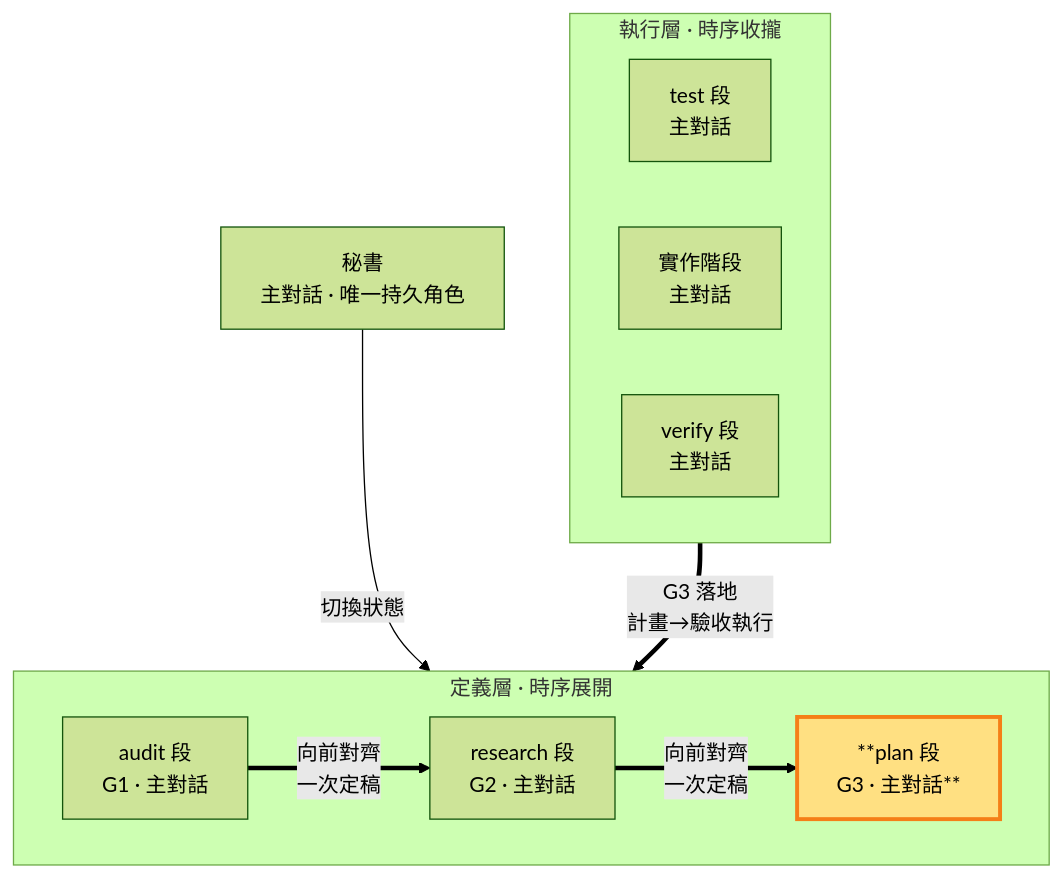
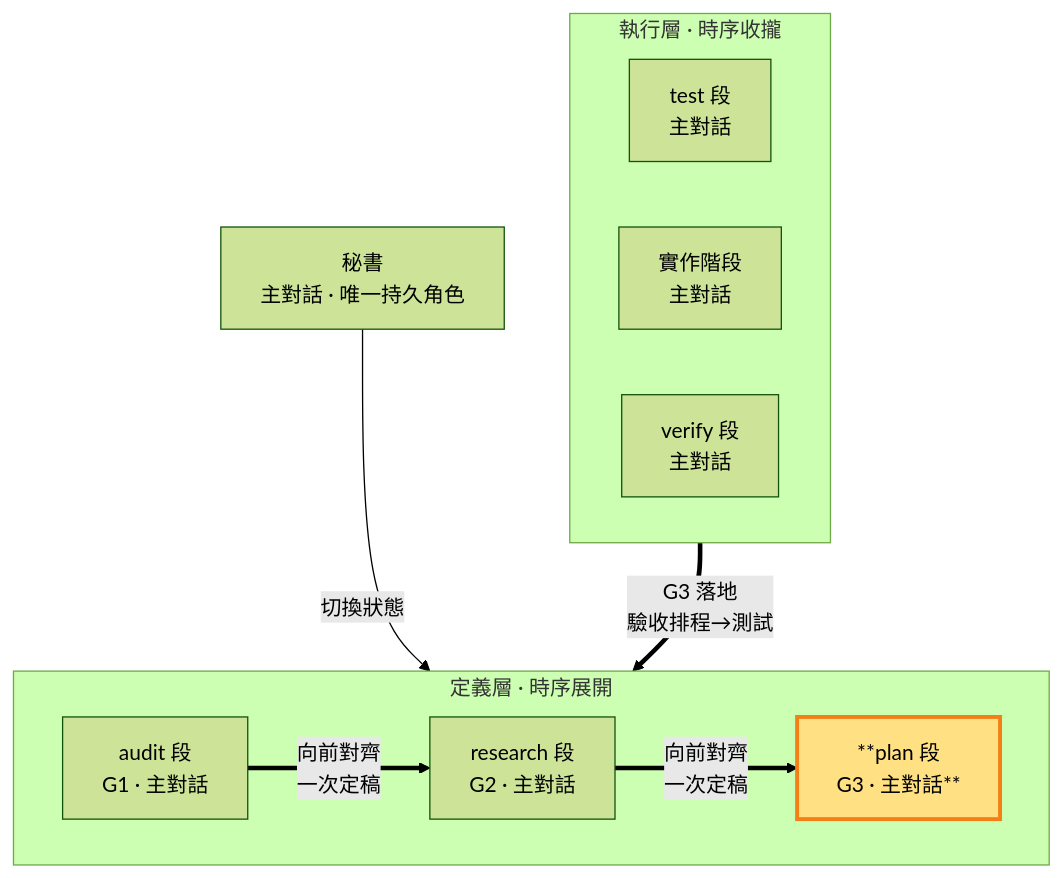
One commit to teps3105/shiftblame changed the diagram in skills/shiftblame/references/PLAN.md. Above: the diagram before and after it, drawn with Mermaid (forest theme). The commit also changed other lines of this file and 21 other files, not shown here.

````diff
--- a/skills/shiftblame/references/PLAN.md
+++ b/skills/shiftblame/references/PLAN.md
@@ -16,21 +16,21 @@
 ```mermaid
 flowchart TB
     SEC[秘書<br/>主對話 · 唯一持久角色]
     subgraph Consult["定義層 · 時序展開"]
         direction LR
         AUD["audit 段<br/>G1 · 主對話"]
         RES["research 段<br/>G2 · 主對話"]
         PLA["**plan 段<br/>G3 · 主對話**"]:::thisrole
     end
     subgraph Build["執行層 · 時序收攏"]
         direction LR
         TST["test 段<br/>主對話"]
         DEV["實作階段<br/>主對話"]
         ACC["verify 段<br/>主對話"]
     end
     SEC -- 切換狀態 --> PLA
-    ACC == "G3 落地<br/>計畫→驗收執行" ==> PLA
+    TST == "G3 落地<br/>驗收排程→測試" ==> PLA
     AUD == "向前對齊<br/>一次定稿" ==> RES
     RES == "向前對齊<br/>一次定稿" ==> PLA
     classDef thisrole fill:#ffe082,stroke:#f57f17,stroke-width:3px;
 ```
````
